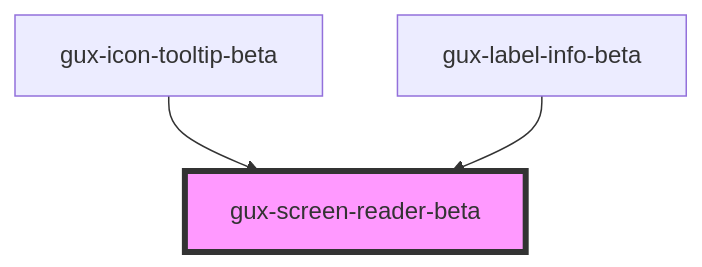
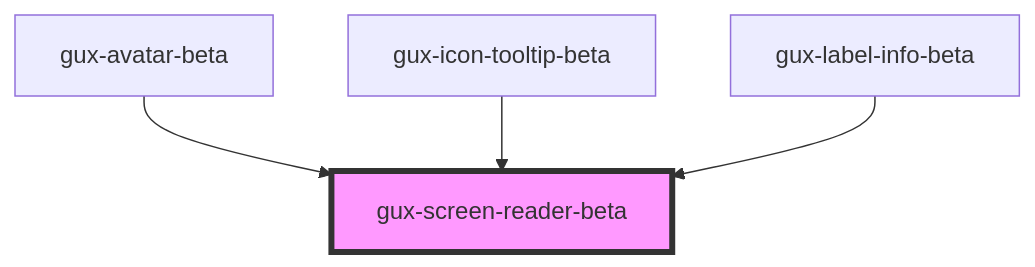
One commit to MyPureCloud/genesys-spark changed the diagram in packages/genesys-spark-components/src/components/beta/gux-screen-reader/readme.md. Above: the diagram before and after it, drawn with Mermaid. The commit also changed other lines of this file and 3 other files, not shown here.

````diff
--- a/packages/genesys-spark-components/src/components/beta/gux-screen-reader/readme.md
+++ b/packages/genesys-spark-components/src/components/beta/gux-screen-reader/readme.md
@@ -23,6 +24,7 @@
 ```mermaid
 graph TD;
+  gux-avatar-beta --> gux-screen-reader-beta
   gux-icon-tooltip-beta --> gux-screen-reader-beta
   gux-label-info-beta --> gux-screen-reader-beta
   style gux-screen-reader-beta fill:#f9f,stroke:#333,stroke-width:4px
 ```
````
